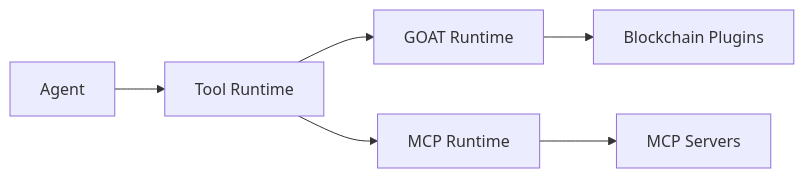
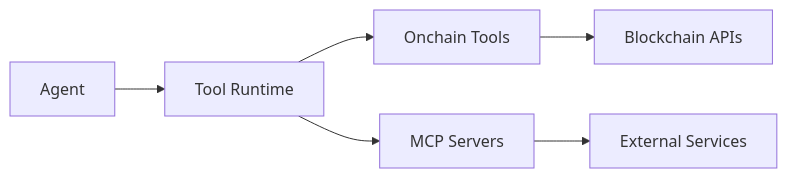
The diagram in concepts/mcp-overview.mdx (compose-market/docs), drawn with Mermaid before and after one commit. The commit also changed other lines of this file and 57 other files, not shown here.

````diff
--- a/concepts/mcp-overview.mdx
+++ b/concepts/mcp-overview.mdx
@@ -88,8 +63,8 @@
 ```mermaid
 graph LR
     Agent[Agent] --> Runtime[Tool Runtime]
-    Runtime --> GOAT[GOAT Runtime]
-    Runtime --> MCP[MCP Runtime]
-    GOAT --> Plugins[Blockchain Plugins]
-    MCP --> Servers[MCP Servers]
+    Runtime --> Onchain[Onchain Tools]
+    Runtime --> MCP[MCP Servers]
+    Onchain --> Blockchain[Blockchain APIs]
+    MCP --> Servers[External Services]
 ```
````
